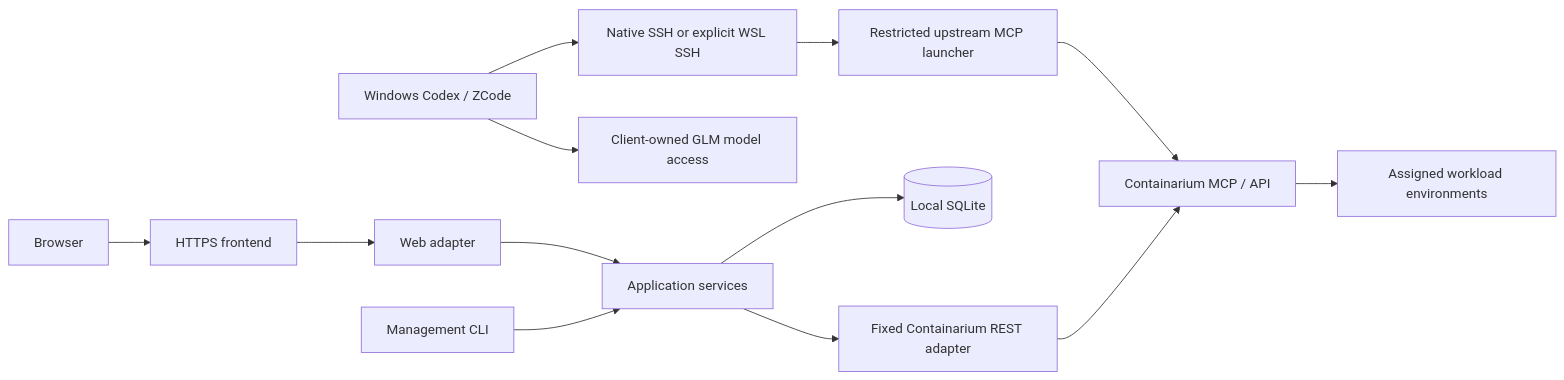
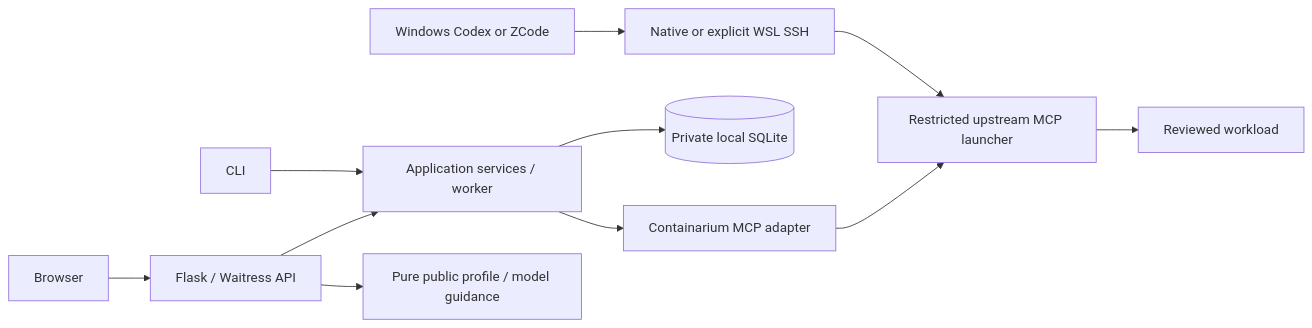
Before and after one commit to vanishs/boxweave: the diagram in docs/design/ARCHITECTURE.md, drawn with Mermaid. The commit also changed other lines of this file and 36 other files, not shown here.

````diff
--- a/docs/design/ARCHITECTURE.md
+++ b/docs/design/ARCHITECTURE.md
@@ -13,15 +5,13 @@
 ```mermaid
 flowchart LR
-  A[Windows Codex / ZCode] --> T[Native SSH or explicit WSL SSH]
-  T --> L[Restricted upstream MCP launcher]
-  L --> P[Containarium MCP / API]
-  B[Browser] --> H[HTTPS frontend]
-  H --> W[Web adapter]
-  C[Management CLI] --> D[Application services]
-  W --> D
-  D --> S[(Local SQLite)]
-  D --> R[Fixed Containarium REST adapter]
-  R --> P
-  P --> E[Assigned workload environments]
-  A --> M[Client-owned GLM model access]
+  Agent[Windows Codex or ZCode] --> SSH[Native or explicit WSL SSH]
+  SSH --> MCP[Restricted upstream MCP launcher]
+  Browser --> API[Flask / Waitress API]
+  CLI --> Services[Application services / worker]
+  API --> Services
+  API --> Public[Pure public profile / model guidance]
+  Services --> SQLite[(Private local SQLite)]
+  Services --> Adapter[Containarium MCP adapter]
+  Adapter --> MCP
+  MCP --> Workload[Reviewed workload]
 ```
````
